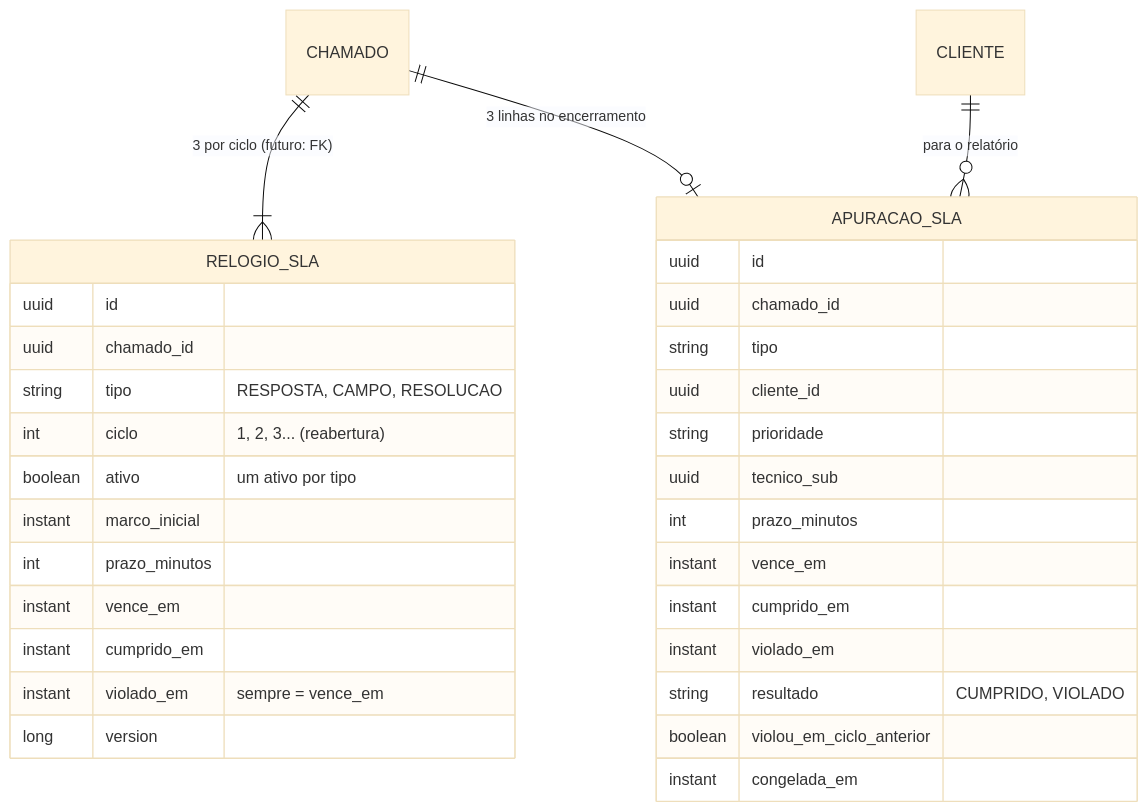
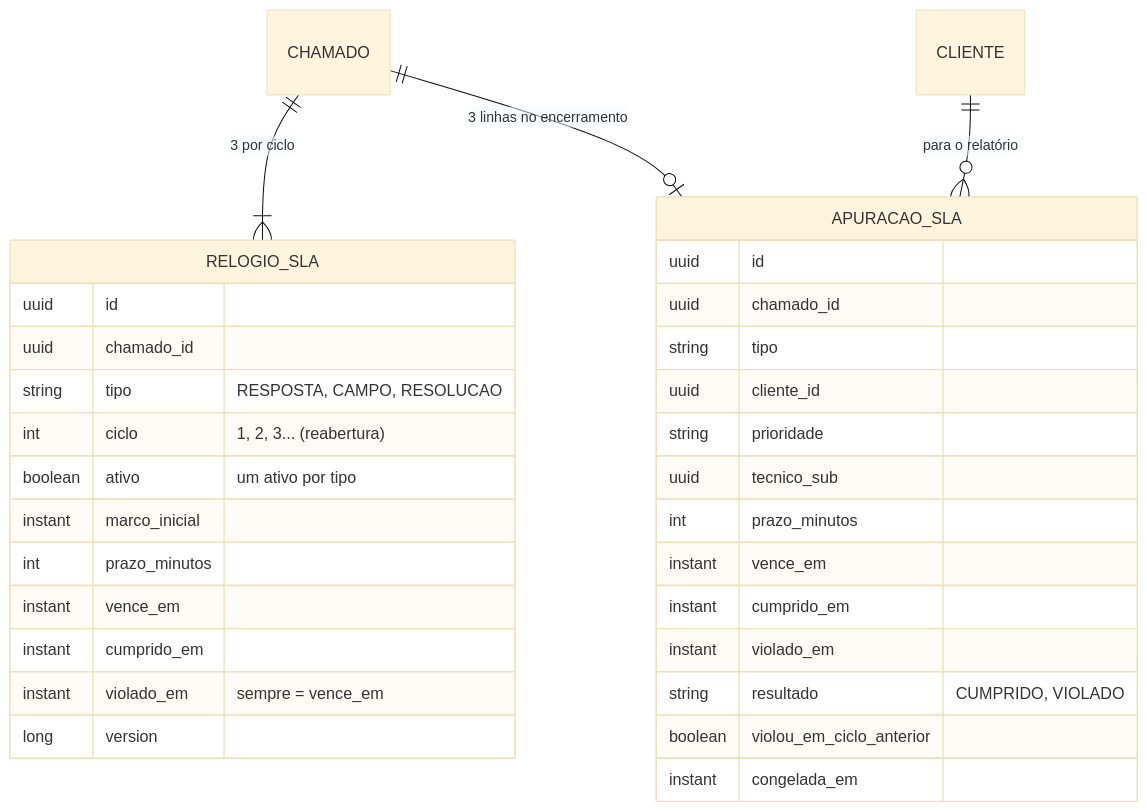
Before and after one commit to gestao-SLA-prestadoras-de-servico/backend: the first of 2 diagrams in docs/tasks/sla/CONVENÇÕES_SLA.md, drawn with Mermaid (base theme). The commit also changed other lines of this file and 31 other files, not shown here.

````diff
--- a/docs/tasks/sla/CONVENÇÕES_SLA.md
+++ b/docs/tasks/sla/CONVENÇÕES_SLA.md
@@ -28,35 +28,35 @@
 ```mermaid
 erDiagram
-    CHAMADO ||--|{ RELOGIO_SLA : "3 por ciclo (futuro: FK)"
+    CHAMADO ||--|{ RELOGIO_SLA : "3 por ciclo"
     CHAMADO ||--o| APURACAO_SLA : "3 linhas no encerramento"
     CLIENTE ||--o{ APURACAO_SLA : "para o relatório"
 
     RELOGIO_SLA {
         uuid id
         uuid chamado_id
         string tipo "RESPOSTA, CAMPO, RESOLUCAO"
         int ciclo "1, 2, 3... (reabertura)"
         boolean ativo "um ativo por tipo"
         instant marco_inicial
         int prazo_minutos
         instant vence_em
         instant cumprido_em
         instant violado_em "sempre = vence_em"
         long version
     }
     APURACAO_SLA {
         uuid id
         uuid chamado_id
         string tipo
         uuid cliente_id
         string prioridade
         uuid tecnico_sub
         int prazo_minutos
         instant vence_em
         instant cumprido_em
         instant violado_em
         string resultado "CUMPRIDO, VIOLADO"
         boolean violou_em_ciclo_anterior
         instant congelada_em
     }
 ```
````
